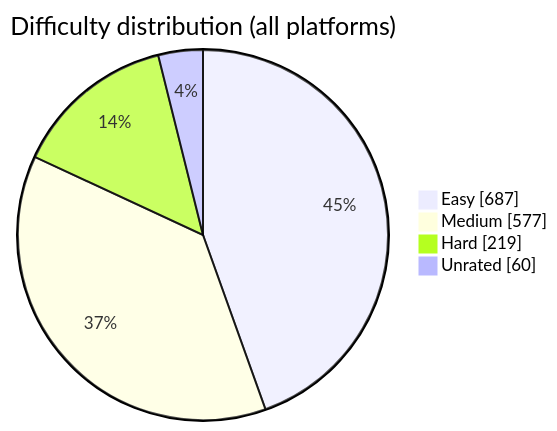
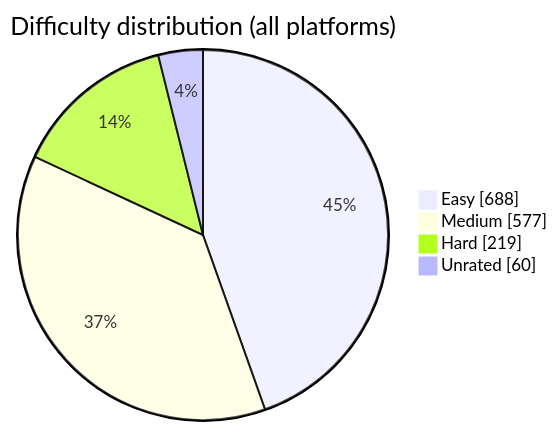
The diagram in README.md (BuildbyArindam/Daily-Coding-Log), drawn with Mermaid before and after one commit. The commit also changed other lines of this file, not shown here.

````diff
--- a/README.md
+++ b/README.md
@@ -93,7 +93,7 @@
 ```mermaid
 pie showData title Difficulty distribution (all platforms)
-    "Easy" : 687
+    "Easy" : 688
     "Medium" : 577
     "Hard" : 219
     "Unrated" : 60
 ```
````
